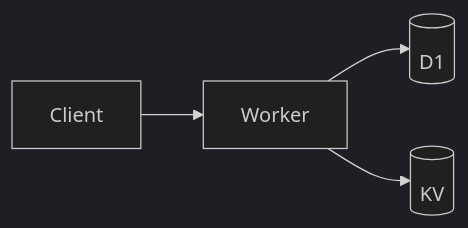
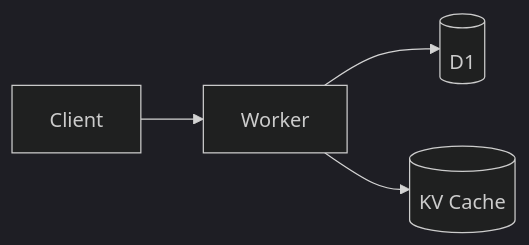
The first of 3 diagrams in skills/architect/SKILL.md (littlebearapps/cloudflare-engineer), drawn with Mermaid (dark theme) before and after one commit. The commit also changed other lines of this file and 34 other files, not shown here.

````diff
--- a/skills/architect/SKILL.md
+++ b/skills/architect/SKILL.md
@@ -934,6 +191,6 @@
 ```mermaid
 graph LR
-    A[Client] --> B[Worker]
-    B --> C[(D1)]
-    B --> D[(KV)]
+    Client --> W[Worker]
+    W --> D1[(D1)]
+    W --> KV[(KV Cache)]
 ```
````
